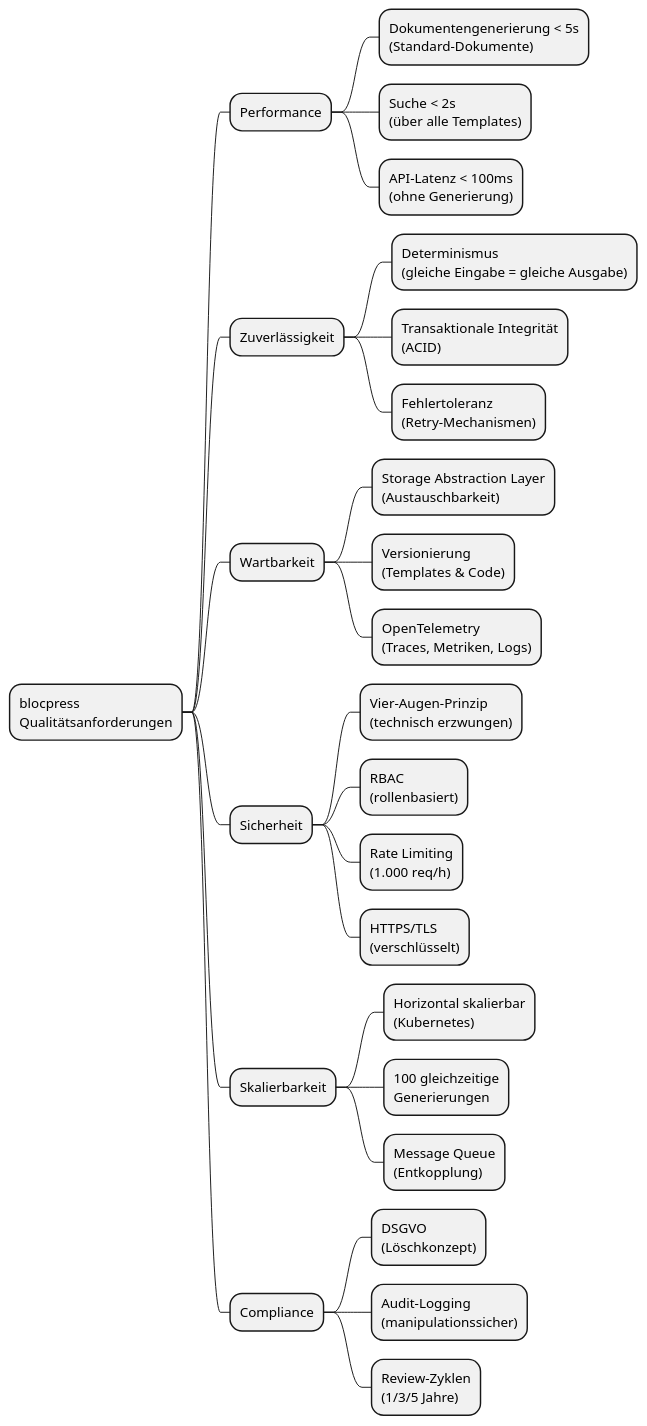
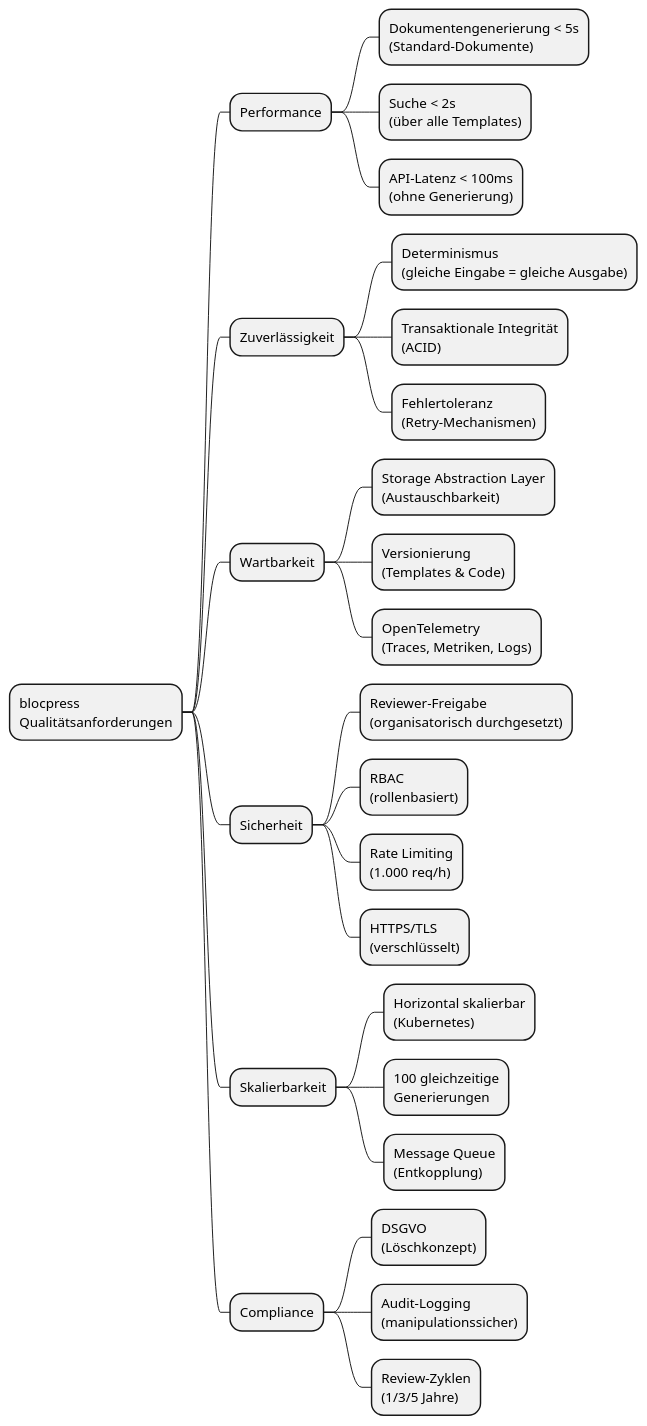
Diagram 18 of 18 in docs/specification/arc42.adoc (flaechsig/blocpress), drawn with PlantUML before and after one commit. The commit also changed other lines of this file and 12 other files, not shown here.

```diff
--- a/docs/specification/arc42.adoc
+++ b/docs/specification/arc42.adoc
@@ -2280,38 +2249,38 @@
 [plantuml, quality-tree, svg]
 ----
 @startmindmap
 * blocpress\nQualitätsanforderungen
 
 ** Performance
 *** Dokumentengenerierung < 5s\n(Standard-Dokumente)
 *** Suche < 2s\n(über alle Templates)
 *** API-Latenz < 100ms\n(ohne Generierung)
 
 ** Zuverlässigkeit
 *** Determinismus\n(gleiche Eingabe = gleiche Ausgabe)
 *** Transaktionale Integrität\n(ACID)
 *** Fehlertoleranz\n(Retry-Mechanismen)
 
 ** Wartbarkeit
 *** Storage Abstraction Layer\n(Austauschbarkeit)
 *** Versionierung\n(Templates & Code)
 *** OpenTelemetry\n(Traces, Metriken, Logs)
 
 ** Sicherheit
-*** Vier-Augen-Prinzip\n(technisch erzwungen)
+*** Reviewer-Freigabe\n(organisatorisch durchgesetzt)
 *** RBAC\n(rollenbasiert)
 *** Rate Limiting\n(1.000 req/h)
 *** HTTPS/TLS\n(verschlüsselt)
 
 ** Skalierbarkeit
 *** Horizontal skalierbar\n(Kubernetes)
 *** 100 gleichzeitige\nGenerierungen
 *** Message Queue\n(Entkopplung)
 
 ** Compliance
 *** DSGVO\n(Löschkonzept)
 *** Audit-Logging\n(manipulationssicher)
 *** Review-Zyklen\n(1/3/5 Jahre)
 
 @endmindmap
 ----
```
